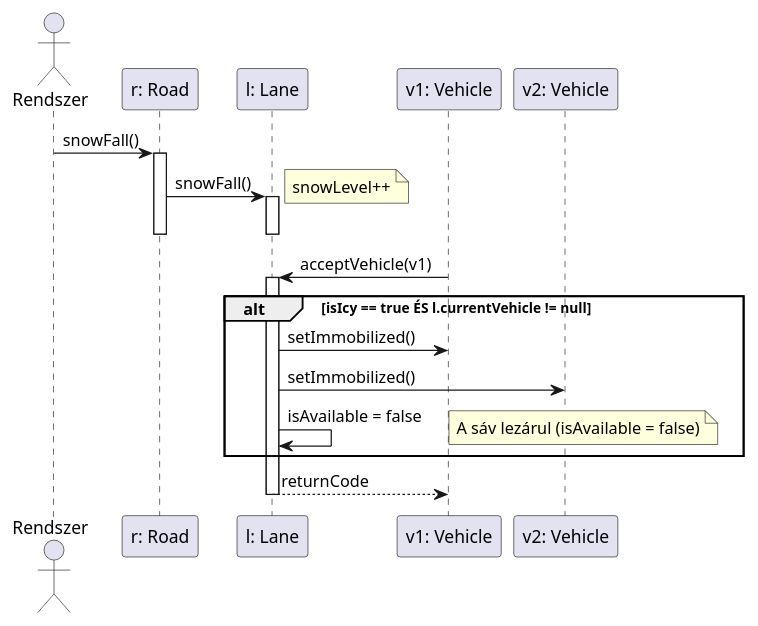
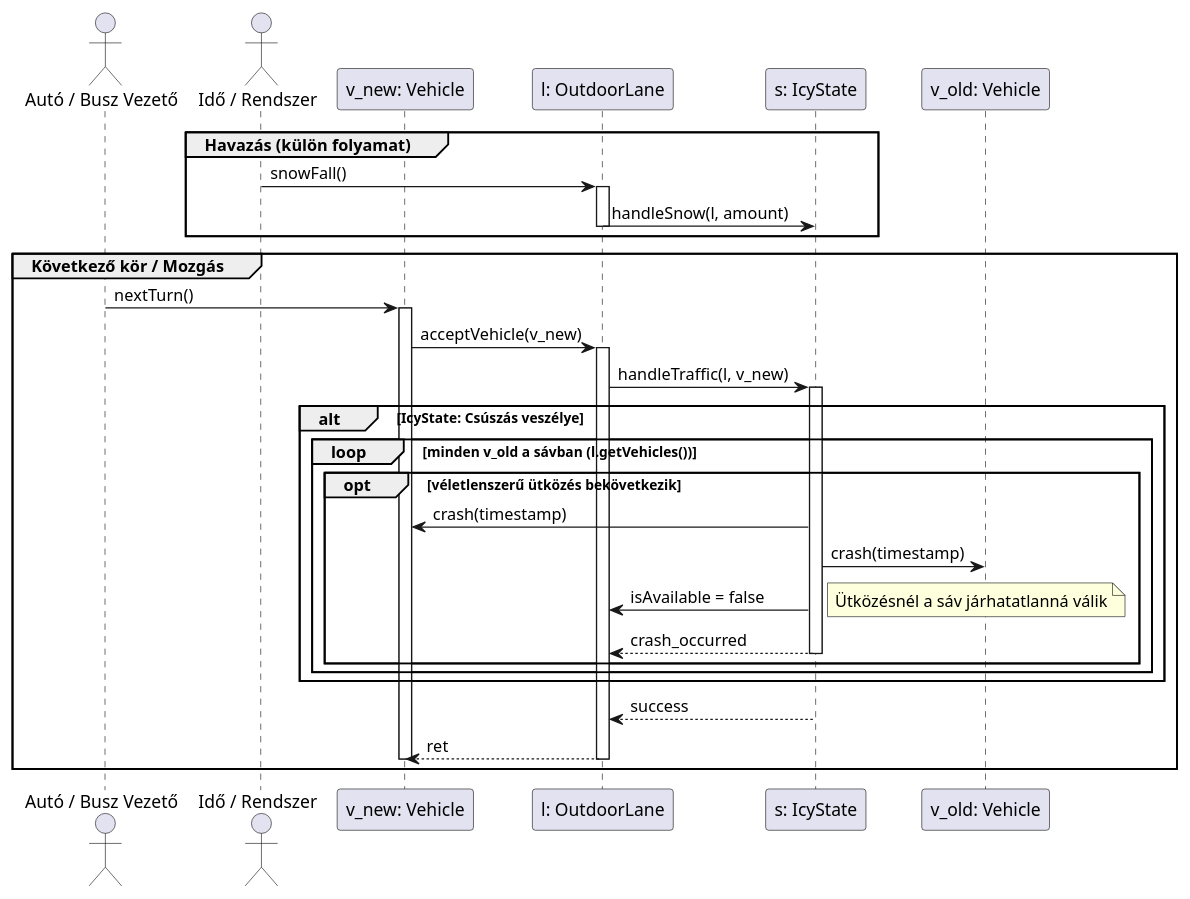
The diagram in docs/04/diagrams/sequence/04.puml (toth-andor/UneNotteANapoli), drawn with PlantUML before and after one commit. The commit also changed 3 other files, not shown here.

Commit message:
A korábbi négy diagramm teljes átdolgozása a visszajelzésnek megfelelően

```diff
--- a/docs/04/diagrams/sequence/04.puml
+++ b/docs/04/diagrams/sequence/04.puml
@@ -1,26 +1,49 @@
 @startuml
-actor "Rendszer" as S
-participant "r: Road" as R
-participant "l: Lane" as L
-participant "v1: Vehicle" as V1
-participant "v2: Vehicle" as V2
+actor "Autó / Busz Vezető" as T
+actor "Idő / Rendszer" as E
+participant "v_new: Vehicle" as V
+participant "l: OutdoorLane" as L
+participant "s: IcyState" as S
+participant "v_old: Vehicle" as VO
 
-S -> R : snowFall()
-activate R
-    R -> L : snowFall()
+' --- hóesős szakasz ---
+group Havazás (külön folyamat)
+    E -> L : snowFall()
     activate L
-        note right: snowLevel++
+        L -> S : handleSnow(l, amount)
     deactivate L
-deactivate R
+end
 
-V1 -> L : acceptVehicle(v1)
-activate L
-    alt isIcy == true ÉS l.currentVehicle != null
-        L -> V1 : setImmobilized()
-        L -> V2 : setImmobilized()
-        L -> L : isAvailable = false
-        note right: A sáv lezárul (isAvailable = false)
-    end
-    L --> V1 : returnCode
-deactivate L
-@endumls
+' --- mozgós+ütközős szakasz ---
+group Következő kör / Mozgás
+    T -> V : nextTurn()
+    activate V
+        V -> L : acceptVehicle(v_new)
+        activate L
+            L -> S : handleTraffic(l, v_new)
+            activate S
+                
+                alt IcyState: Csúszás veszélye
+                    
+                    loop minden v_old a sávban (l.getVehicles())
+                        
+                        opt véletlenszerű ütközés bekövetkezik
+                            S -> V : crash(timestamp)
+                            S -> VO : crash(timestamp)
+                            S -> L : isAvailable = false
+                            note right: Ütközésnél a sáv járhatatlanná válik
+                            
+                        
+                            return crash_occurred
+                        end
+                        
+                    end
+                end
+                
+                S --> L : success
+            deactivate S
+            L --> V : ret
+        deactivate L
+    deactivate V
+end
+@enduml
```
